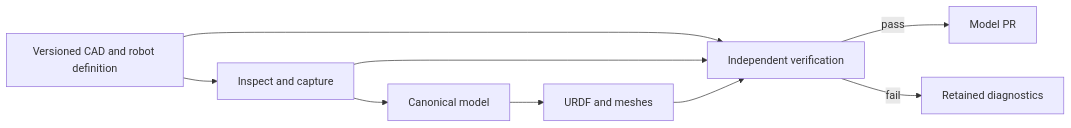
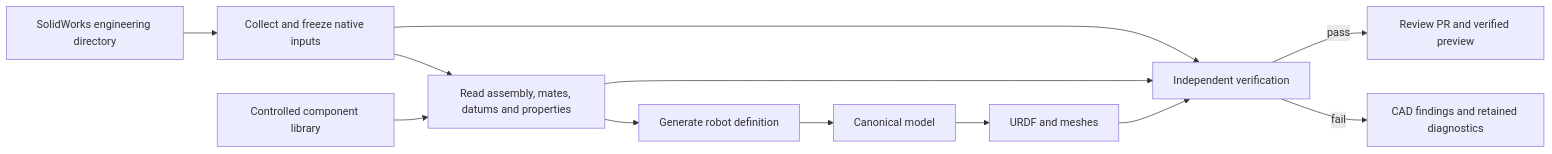
One commit to mimicverse/description-pipeline changed the diagram in docs/design.md. Above: the diagram before and after it, drawn with Mermaid. The commit also changed other lines of this file and 7 other files, not shown here.

Commit message:
docs: define CAD-only SolidWorks engineering requirements

````diff
--- a/docs/design.md
+++ b/docs/design.md
@@ -15,11 +17,14 @@
 ```mermaid
 flowchart LR
-  I[Versioned CAD and robot definition] --> C[Inspect and capture]
-  C --> M[Canonical model]
+  C[SolidWorks engineering directory] --> F[Collect and freeze native inputs]
+  F --> R[Read assembly, mates, datums and properties]
+  L[Controlled component library] --> R
+  R --> D[Generate robot definition]
+  D --> M[Canonical model]
   M --> U[URDF and meshes]
-  I --> V[Independent verification]
-  C --> V
+  F --> V[Independent verification]
+  R --> V
   U --> V
-  V -->|pass| P[Model PR]
-  V -->|fail| D[Retained diagnostics]
+  V -->|pass| P[Review PR and verified preview]
+  V -->|fail| E[CAD findings and retained diagnostics]
 ```
````
